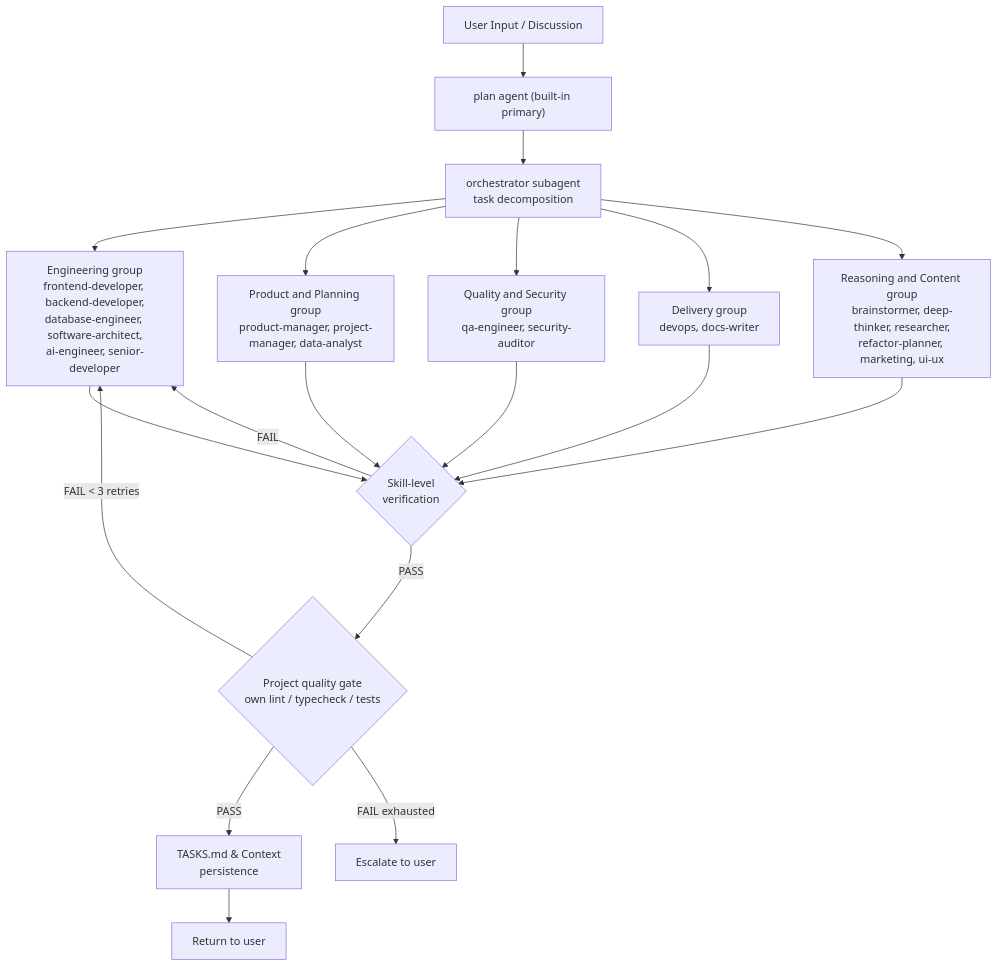
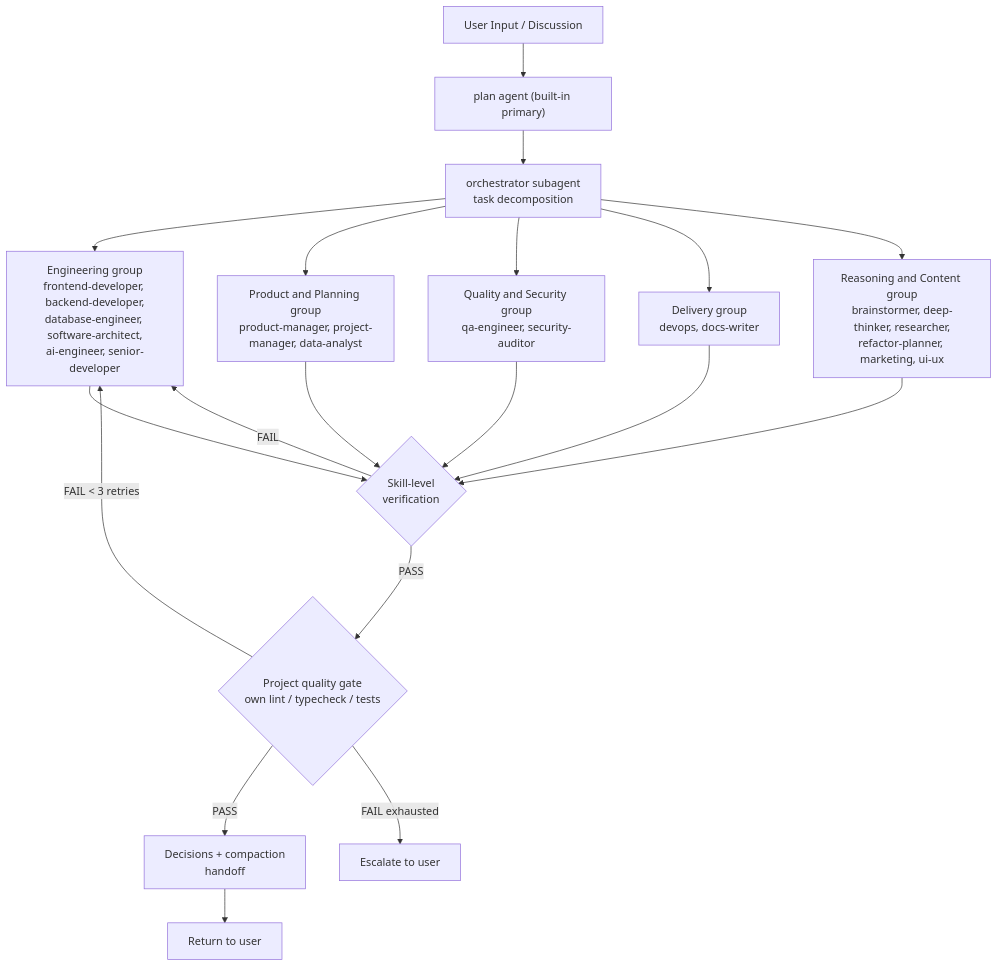
One commit to thomiOmi/agent-skills changed the first of 2 diagrams in ARCHITECTURE.md. Above: the diagram before and after it, drawn with Mermaid. The commit also changed other lines of this file and 75 other files, not shown here.

````diff
--- a/ARCHITECTURE.md
+++ b/ARCHITECTURE.md
@@ -24,26 +24,26 @@
 ```mermaid
 flowchart TD
     User["User Input / Discussion"] --> Plan["plan agent (built-in primary)"]
     Plan --> Orchestrator["orchestrator subagent<br/>task decomposition"]
 
     Orchestrator --> Eng["Engineering group<br/>frontend-developer, backend-developer,<br/>database-engineer, software-architect,<br/>ai-engineer, senior-developer"]
     Orchestrator --> Prod["Product and Planning group<br/>product-manager, project-manager, data-analyst"]
     Orchestrator --> QAG["Quality and Security group<br/>qa-engineer, security-auditor"]
     Orchestrator --> Ops["Delivery group<br/>devops, docs-writer"]
     Orchestrator --> Think["Reasoning and Content group<br/>brainstormer, deep-thinker, researcher,<br/>refactor-planner, marketing, ui-ux"]
 
     Eng --> SkillCheck{"Skill-level<br/>verification"}
     Prod --> SkillCheck
     QAG --> SkillCheck
     Ops --> SkillCheck
     Think --> SkillCheck
 
     SkillCheck -- PASS --> CentralCheck{"Project quality gate<br/>own lint / typecheck / tests"}
     SkillCheck -- FAIL --> Eng
 
-    CentralCheck -- PASS --> Remember["TASKS.md & Context<br/>persistence"]
+    CentralCheck -- PASS --> Remember["Decisions + compaction<br/>handoff"]
     CentralCheck -- "FAIL &lt; 3 retries" --> Eng
     CentralCheck -- FAIL exhausted --> Escalate["Escalate to user"]
 
     Remember --> Return["Return to user"]
 ```
````
